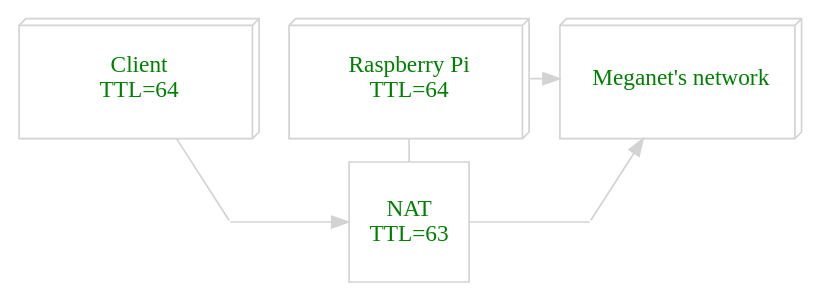
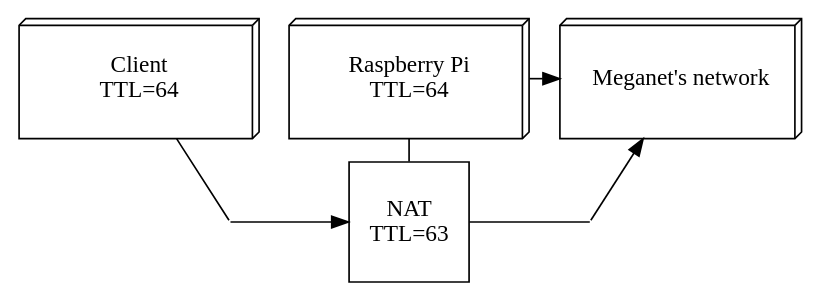
Before and after one commit to h4y44/graphs: the diagram in meganet/re.gv, drawn with Graphviz. The commit also changed 6 other files, not shown here.

```diff
--- a/meganet/re.gv
+++ b/meganet/re.gv
@@ -1,43 +1,41 @@
 
 digraph n {
 	ranksep=0.2;
-	graph [bgcolor="#00000000", color="#eeeeee"];
-	node[color=lightgrey];
-	edge[color=lightgrey];
+	graph [bgcolor="#00000000"];
 	{
-		node [shape=box3d, width=2, height=1, fontname="Cantarell", fontcolor=green];
+		node [shape=box3d, width=2, height=1, fontname="Cantarell"];
 
 		c [label="Client\nTTL=64"];
 		p [label="Raspberry Pi\nTTL=64"];
 		n [shape=box, width=1, height=1, label="NAT\nTTL=63"];
 		m [label="Meganet's network"];
 	}
 
 	{
 		node [shape=none, width=0, height=0, label=""];
 		rank = same;
 		c;
 		p -> m;
 	}
 	
 	{
 		p -> n [dir=none];
 	}
 
 	{
 		node [shape=none, width=0, height=0, label=""];
 		c -> x [dir = none];
 	}
 
 	{
 		node [shape=none, width=0, height=0, label=""];
 		rank = same;
 		x -> n;
 		n -> y [dir=none];
 	}
 	
 	{
 		y -> m;
 	}
 
 }
```
